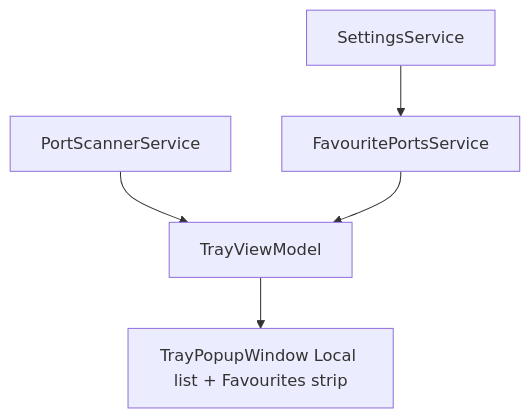
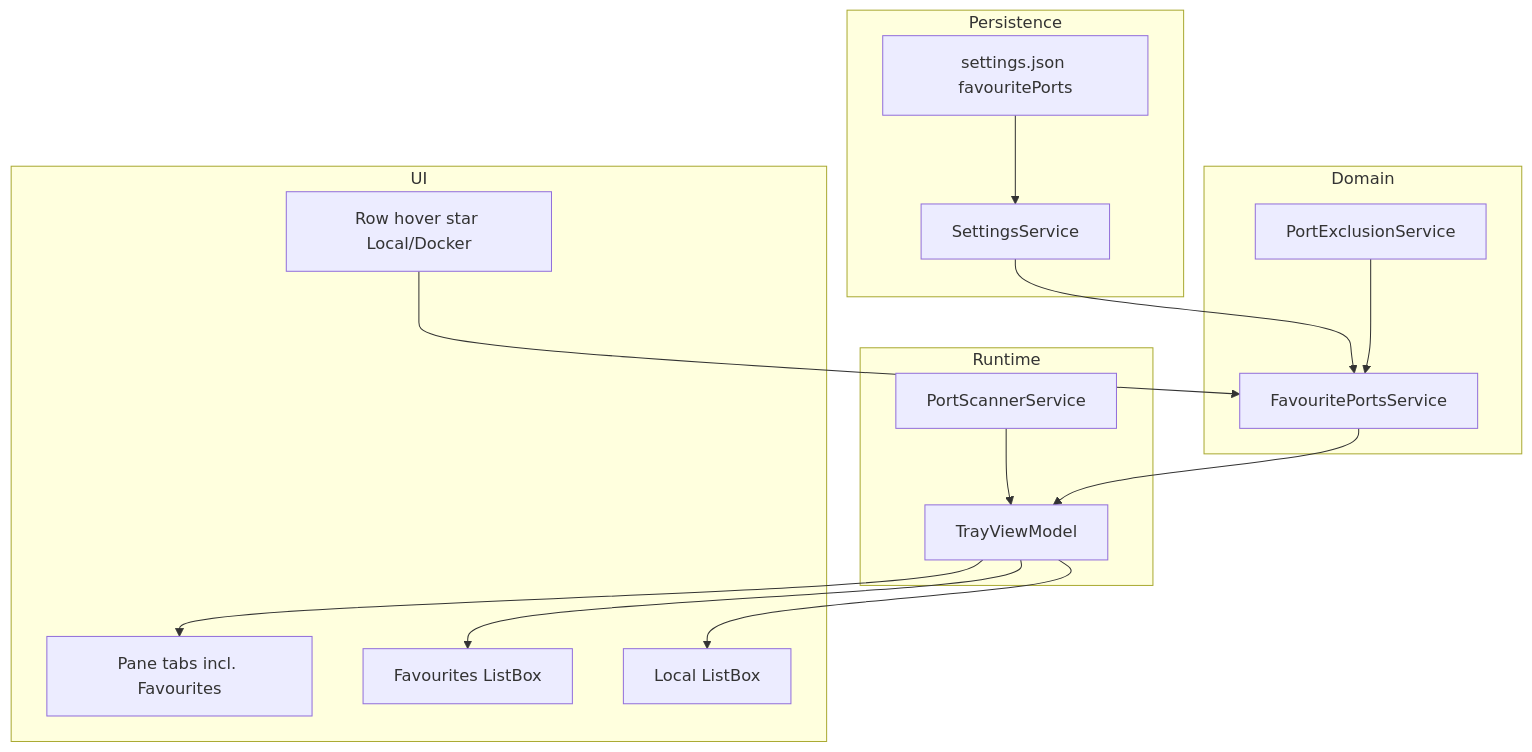
One commit to c47-dev/port changed the first of 3 diagrams in docs/implementation-records/260601_phase1-favourite-ports.md. Above: the diagram before and after it, drawn with Mermaid. The commit also changed other lines of this file and 3 other files, not shown here.

````diff
--- a/docs/implementation-records/260601_phase1-favourite-ports.md
+++ b/docs/implementation-records/260601_phase1-favourite-ports.md
@@ -54,7 +129,29 @@
 ```mermaid
 flowchart TB
-  Scan[PortScannerService] --> VM[TrayViewModel]
-  FavSvc[FavouritePortsService] --> VM
-  Settings[SettingsService] --> FavSvc
-  VM --> UI[TrayPopupWindow Local list + Favourites strip]
+  subgraph persist [Persistence]
+    SJ[settings.json favouritePorts]
+    SS[SettingsService]
+  end
+  subgraph domain [Domain]
+    FPS[FavouritePortsService]
+    PES[PortExclusionService]
+  end
+  subgraph runtime [Runtime]
+    PS[PortScannerService]
+    VM[TrayViewModel]
+  end
+  subgraph ui [UI]
+    Tabs[Pane tabs incl. Favourites]
+    Star[Row hover star Local/Docker]
+    FavList[Favourites ListBox]
+    LocalList[Local ListBox]
+  end
+  SJ --> SS --> FPS
+  PES --> FPS
+  PS --> VM
+  FPS --> VM
+  VM --> Tabs
+  VM --> FavList
+  Star --> FPS
+  VM --> LocalList
 ```
````
